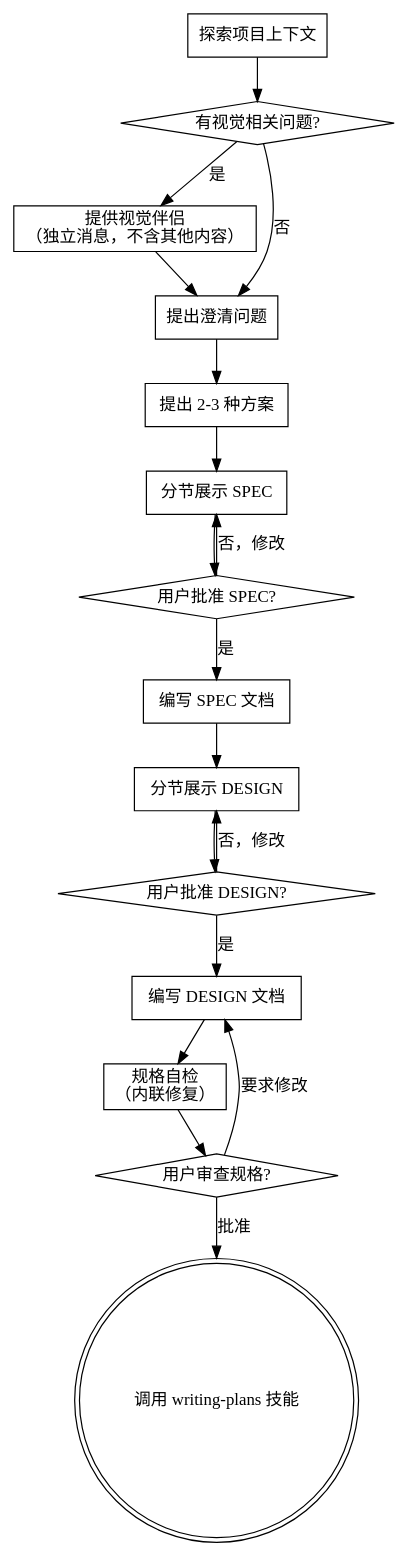
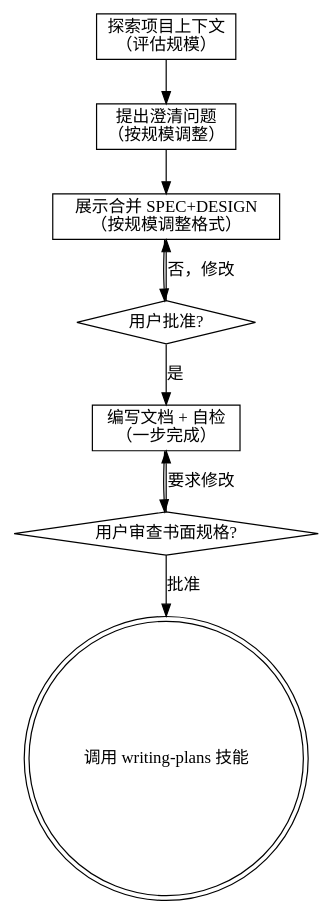
Before and after one commit to chenmr0/superpowers-cn: the diagram in skills/brainstorming/SKILL.md, drawn with Graphviz. The commit also changed other lines of this file and 1 other file, not shown here.

````diff
--- a/skills/brainstorming/SKILL.md
+++ b/skills/brainstorming/SKILL.md
@@ -38,36 +39,20 @@
 ```dot
 digraph brainstorming {
-    "探索项目上下文" [shape=box];
-    "有视觉相关问题?" [shape=diamond];
-    "提供视觉伴侣\n（独立消息，不含其他内容）" [shape=box];
-    "提出澄清问题" [shape=box];
-    "提出 2-3 种方案" [shape=box];
-    "分节展示 SPEC" [shape=box];
-    "用户批准 SPEC?" [shape=diamond];
-    "编写 SPEC 文档" [shape=box];
-    "分节展示 DESIGN" [shape=box];
-    "用户批准 DESIGN?" [shape=diamond];
-    "编写 DESIGN 文档" [shape=box];
-    "规格自检\n（内联修复）" [shape=box];
-    "用户审查规格?" [shape=diamond];
+    "探索项目上下文\n（评估规模）" [shape=box];
+    "提出澄清问题\n（按规模调整）" [shape=box];
+    "展示合并 SPEC+DESIGN\n（按规模调整格式）" [shape=box];
+    "用户批准?" [shape=diamond];
+    "编写文档 + 自检\n（一步完成）" [shape=box];
+    "用户审查书面规格?" [shape=diamond];
     "调用 writing-plans 技能" [shape=doublecircle];
 
-    "探索项目上下文" -> "有视觉相关问题?";
-    "有视觉相关问题?" -> "提供视觉伴侣\n（独立消息，不含其他内容）" [label="是"];
-    "有视觉相关问题?" -> "提出澄清问题" [label="否"];
-    "提供视觉伴侣\n（独立消息，不含其他内容）" -> "提出澄清问题";
-    "提出澄清问题" -> "提出 2-3 种方案";
-    "提出 2-3 种方案" -> "分节展示 SPEC";
-    "分节展示 SPEC" -> "用户批准 SPEC?";
-    "用户批准 SPEC?" -> "分节展示 SPEC" [label="否，修改"];
-    "用户批准 SPEC?" -> "编写 SPEC 文档" [label="是"];
-    "编写 SPEC 文档" -> "分节展示 DESIGN";
-    "分节展示 DESIGN" -> "用户批准 DESIGN?";
-    "用户批准 DESIGN?" -> "分节展示 DESIGN" [label="否，修改"];
-    "用户批准 DESIGN?" -> "编写 DESIGN 文档" [label="是"];
-    "编写 DESIGN 文档" -> "规格自检\n（内联修复）";
-    "规格自检\n（内联修复）" -> "用户审查规格?";
-    "用户审查规格?" -> "编写 DESIGN 文档" [label="要求修改"];
-    "用户审查规格?" -> "调用 writing-plans 技能" [label="批准"];
+    "探索项目上下文\n（评估规模）" -> "提出澄清问题\n（按规模调整）";
+    "提出澄清问题\n（按规模调整）" -> "展示合并 SPEC+DESIGN\n（按规模调整格式）";
+    "展示合并 SPEC+DESIGN\n（按规模调整格式）" -> "用户批准?";
+    "用户批准?" -> "展示合并 SPEC+DESIGN\n（按规模调整格式）" [label="否，修改"];
+    "用户批准?" -> "编写文档 + 自检\n（一步完成）" [label="是"];
+    "编写文档 + 自检\n（一步完成）" -> "用户审查书面规格?";
+    "用户审查书面规格?" -> "编写文档 + 自检\n（一步完成）" [label="要求修改"];
+    "用户审查书面规格?" -> "调用 writing-plans 技能" [label="批准"];
 }
 ```
````
